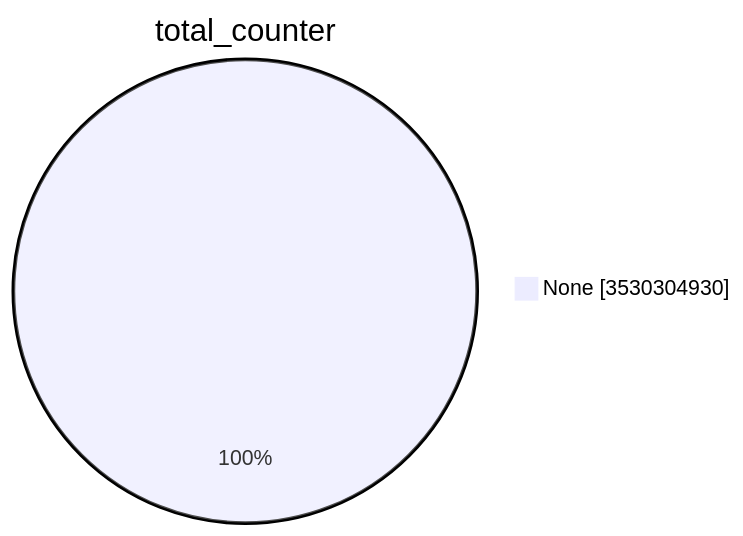
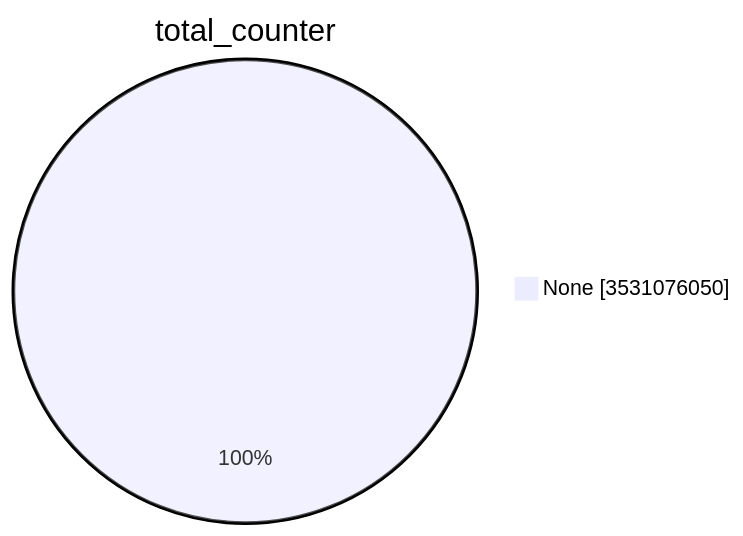
The first of 15 diagrams in TOTAL/README.md (christiankrug/ctmonitor_visualization), drawn with Mermaid before and after one commit. The commit also changed other lines of this file, not shown here.

````diff
--- a/TOTAL/README.md
+++ b/TOTAL/README.md
@@ -1,5 +1,5 @@
 ```mermaid
 pie showData
 title total_counter
-"None" :3530304930
+"None" :3531076050
 ```
````
